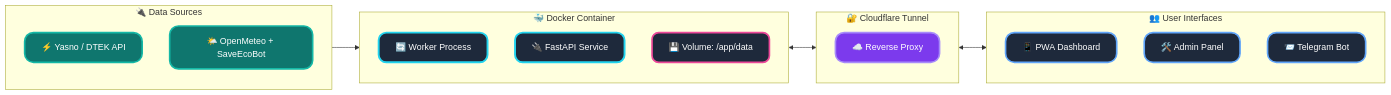
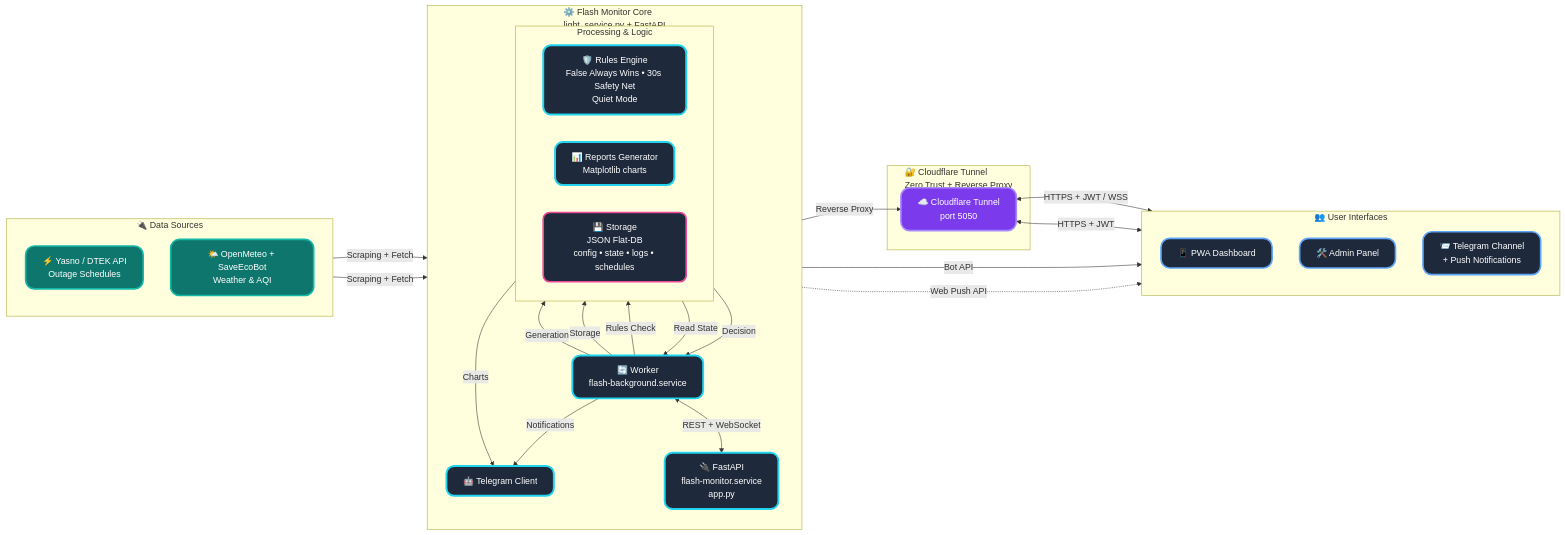
The diagram in README_ENG.md (weby-homelab/flash-monitor-kyiv), drawn with Mermaid before and after one commit. The commit also changed other lines of this file and 1 other file, not shown here.

Commit message:
docs: restore original Mermaid diagram architecture

````diff
--- a/README_ENG.md
+++ b/README_ENG.md
@@ -79,36 +79,78 @@
 ```mermaid
 flowchart LR
+    %% ================================================
+    %% NEW CONCEPT 2026 for README.md
+    %% "End-to-End Pipeline" — dynamic data flow
+    %% Horizontal pipeline with clear direction
+    %% Clean, modern, easy to read in GitHub (dark/light themes)
+    %% ================================================
+
     classDef external fill:#0f766e,stroke:#14b8a6,stroke-width:3px,color:#fff,rx:16px,ry:16px
     classDef core fill:#1e293b,stroke:#22d3ee,stroke-width:3.5px,color:#fff,rx:14px,ry:14px
     classDef gateway fill:#7c3aed,stroke:#a78bfa,stroke-width:3px,color:#fff,rx:16px,ry:16px
     classDef client fill:#1e293b,stroke:#60a5fa,stroke-width:3px,color:#fff,rx:16px,ry:16px
     classDef db fill:#1e293b,stroke:#ec4899,stroke-width:3px,color:#fff,rx:12px,ry:12px
 
+    %% ====================== LEFT SIDE: DATA SOURCES ======================
     subgraph External ["🔌 Data Sources"]
         direction TB
-        Energy["⚡ Yasno / DTEK API"]:::external
-        Meteo["🌤️ OpenMeteo + SaveEcoBot"]:::external
+        Energy["⚡ Yasno / DTEK API<br>Outage Schedules"]:::external
+        Meteo["🌤️ OpenMeteo + SaveEcoBot<br>Weather & AQI"]:::external
     end
 
-    subgraph Docker ["🐳 Docker Container"]
+    %% ====================== CENTER: CORE PIPELINE ======================
+    subgraph Core ["⚙️ Flash Monitor Core<br>light_service.py + FastAPI"]
         direction TB
-        Worker["🔄 Worker Process"]:::core
-        API["🔌 FastAPI Service"]:::core
-        Storage["💾 Volume: /app/data"]:::db
+
+        Worker["🔄 Worker<br>flash-background.service"]:::core
+
+        subgraph Processing ["Processing & Logic"]
+            direction LR
+            Rules["🛡️ Rules Engine<br>False Always Wins • 30s Safety Net<br>Quiet Mode"]:::core
+            Reports["📊 Reports Generator<br>Matplotlib charts"]:::core
+            Storage["💾 Storage<br>JSON Flat-DB<br>config • state • logs • schedules"]:::db
+        end
+
+        API["🔌 FastAPI<br>flash-monitor.service<br>app.py"]:::core
+        TgClient["🤖 Telegram Client"]:::core
     end
 
-    subgraph Gateway ["🔐 Cloudflare Tunnel"]
-        CF["☁️ Reverse Proxy"]:::gateway
+    %% ====================== GATEWAY ======================
+    subgraph Gateway ["🔐 Cloudflare Tunnel<br>Zero Trust + Reverse Proxy"]
+        CF["☁️ Cloudflare Tunnel<br>port 5050"]:::gateway
     end
 
+    %% ====================== RIGHT SIDE: CLIENTS ======================
     subgraph Clients ["👥 User Interfaces"]
         direction TB
         PWA["📱 PWA Dashboard"]:::client
         Admin["🛠️ Admin Panel"]:::client
-        Telegram["📨 Telegram Bot"]:::client
+        Telegram["📨 Telegram Channel<br>+ Push Notifications"]:::client
     end
 
-    External --> Docker
-    Docker <--> Gateway
-    Gateway <--> Clients
+    %% ====================== DATA FLOW (Main Trunk) ======================
+    Energy & Meteo -->|Scraping + Fetch| Worker
+
+    Worker -->|Rules Check| Rules
+    Rules -->|Decision| Worker
+
+    Worker -->|Storage| Storage
+    Storage -->|Read State| Worker
+
+    Worker -->|Generation| Reports
+    Worker -->|Notifications| TgClient
+    Reports -->|Charts| TgClient
+
+    Worker <-->|REST + WebSocket| API
+
+    API -->|Reverse Proxy| CF
+    CF <-->|HTTPS + JWT / WSS| PWA
+    CF <-->|HTTPS + JWT| Admin
+    TgClient -->|Bot API| Telegram
+
+    %% Additional push notifications
+    API -.->|Web Push API| PWA
+
+    %% ====================== Subgraph Title Style ======================
+    classDef subgraphTitle fill:#0f172a,stroke:none,color:#64748b,font-size:15px
 ```
````
